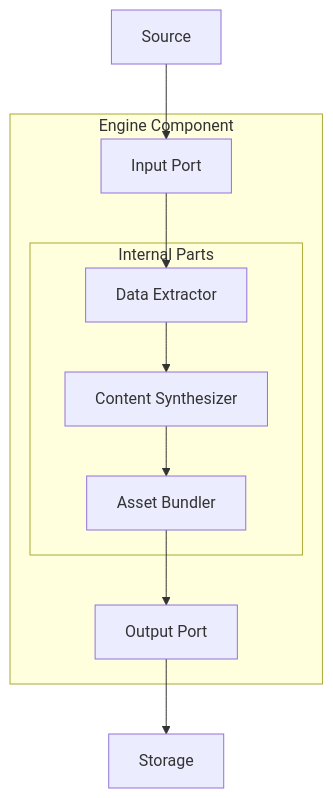
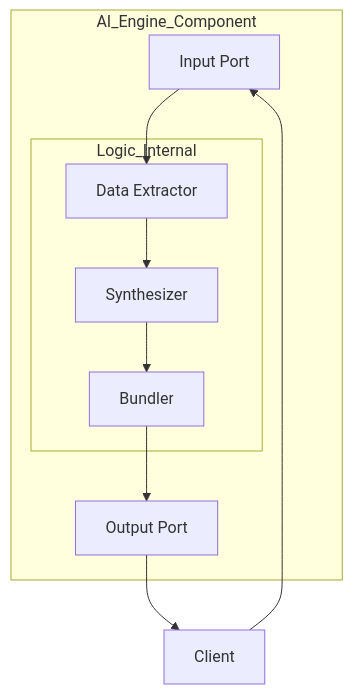
One commit to naresh-rn/echoly changed the sixth of 20 diagrams in ALL_DIAGRAMS.md. Above: the diagram before and after it, drawn with Mermaid. The commit also changed other lines of this file and 1 other file, not shown here.

Commit message:
docs: repair diagram rendering and finalize comprehensive architecture dossier

````diff
--- a/ALL_DIAGRAMS.md
+++ b/ALL_DIAGRAMS.md
@@ -175,18 +174,18 @@
 ```mermaid
 flowchart TB
-    subgraph AIEngine ["Engine Component"]
-        Port1[Input Port]
-        Port2[Output Port]
-        subgraph Internal ["Internal Parts"]
-            L1[Data Extractor]
-            L2[Content Synthesizer]
-            L3[Asset Bundler]
+    subgraph AI_Engine_Component
+        InputPort[Input Port]
+        OutputPort[Output Port]
+        subgraph Logic_Internal
+            D[Data Extractor]
+            S[Synthesizer]
+            B[Bundler]
         end
     end
-    Source --> Port1
-    Port1 --> L1
-    L1 --> L2
-    L2 --> L3
-    L3 --> Port2
-    Port2 --> Storage
+    Client --> InputPort
+    InputPort --> D
+    D --> S
+    S --> B
+    B --> OutputPort
+    OutputPort --> Client
 ```
````
